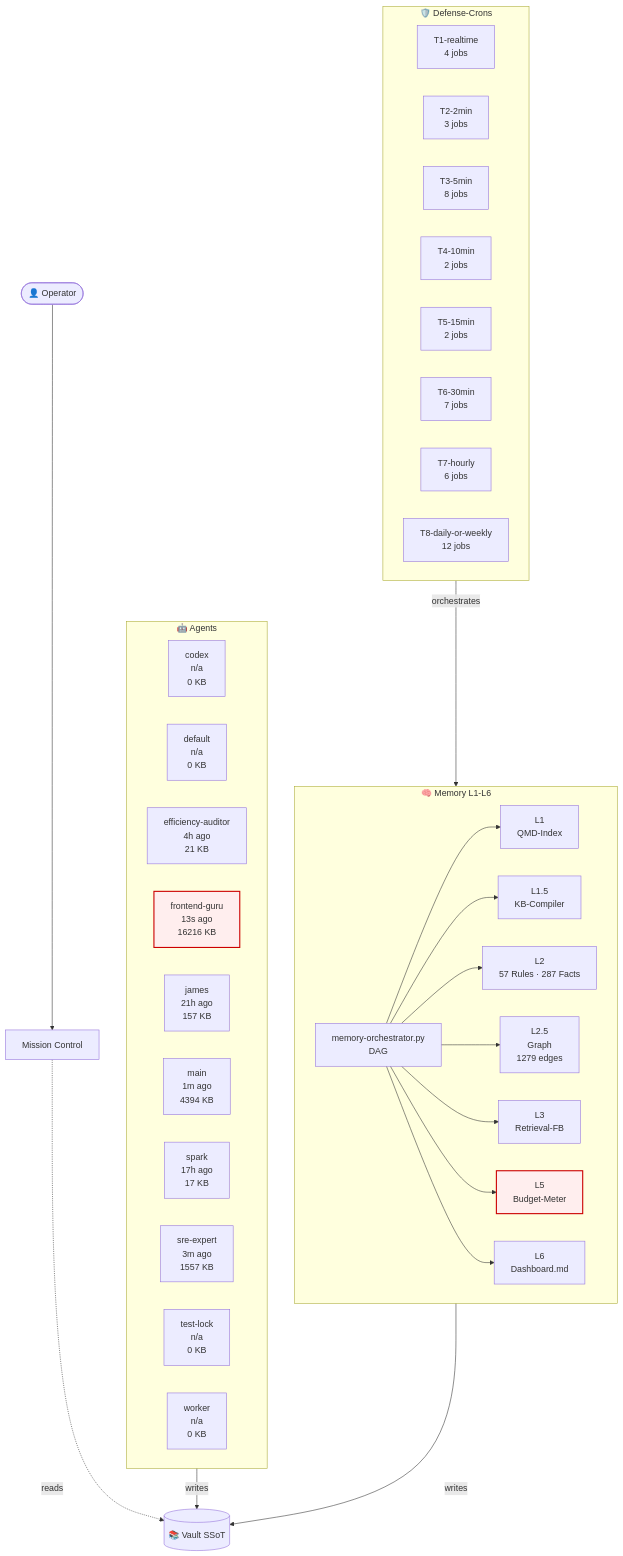
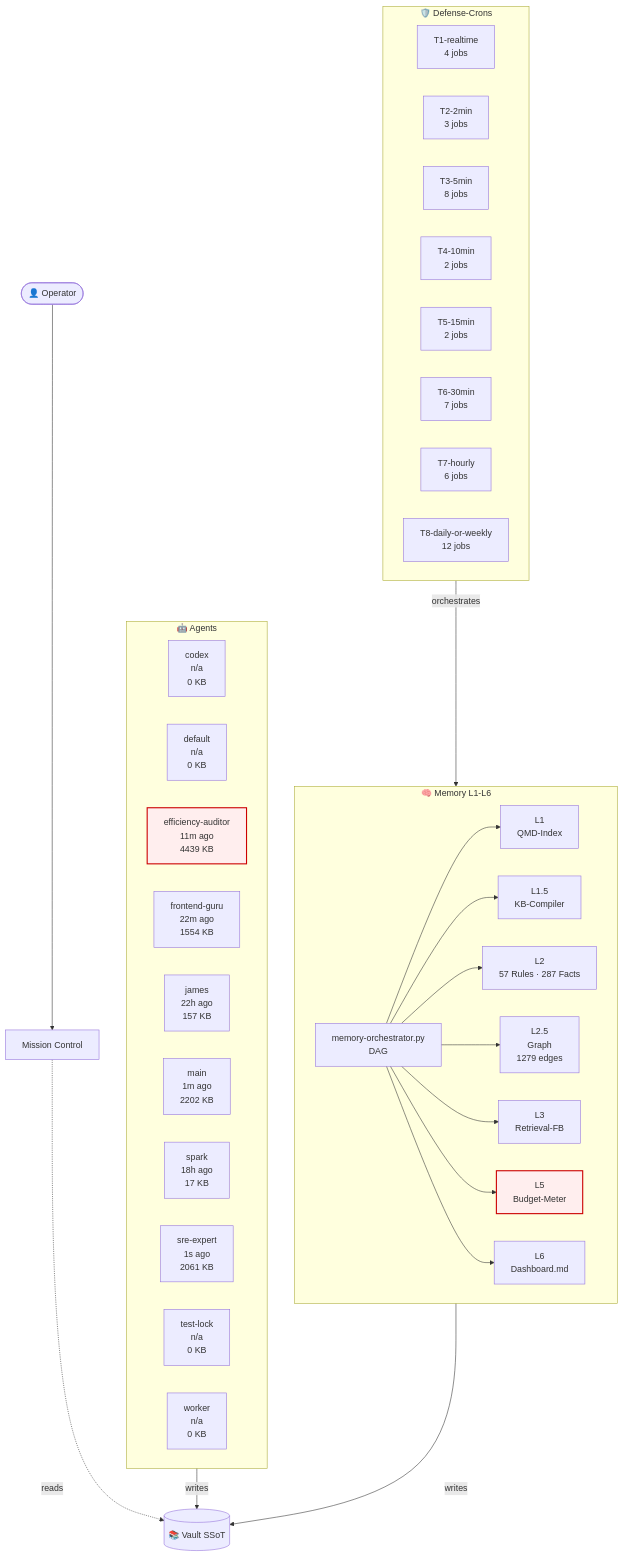
One commit to lenardhuebner88-rgb/openclaw-memory changed the diagram in 03-Agents/architecture-live.md. Above: the diagram before and after it, drawn with Mermaid. The commit also changed other lines of this file and 19 other files, not shown here.

````diff
--- a/03-Agents/architecture-live.md
+++ b/03-Agents/architecture-live.md
@@ -18,53 +18,53 @@
 ```mermaid
 flowchart TB
     classDef critical fill:#fee,stroke:#c00,stroke-width:2px;
     subgraph AGT["🤖 Agents"]
         agent_codex["codex<br/>n/a<br/>0 KB"]
         agent_default["default<br/>n/a<br/>0 KB"]
-        agent_efficiency_auditor["efficiency-auditor<br/>4h ago<br/>21 KB"]
-        agent_frontend_guru["frontend-guru<br/>13s ago<br/>16216 KB"]
-        agent_james["james<br/>21h ago<br/>157 KB"]
-        agent_main["main<br/>1m ago<br/>4394 KB"]
-        agent_spark["spark<br/>17h ago<br/>17 KB"]
-        agent_sre_expert["sre-expert<br/>3m ago<br/>1557 KB"]
+        agent_efficiency_auditor["efficiency-auditor<br/>11m ago<br/>4439 KB"]
+        agent_frontend_guru["frontend-guru<br/>22m ago<br/>1554 KB"]
+        agent_james["james<br/>22h ago<br/>157 KB"]
+        agent_main["main<br/>1m ago<br/>2202 KB"]
+        agent_spark["spark<br/>18h ago<br/>17 KB"]
+        agent_sre_expert["sre-expert<br/>1s ago<br/>2061 KB"]
         agent_test_lock["test-lock<br/>n/a<br/>0 KB"]
         agent_worker["worker<br/>n/a<br/>0 KB"]
     end
     subgraph MEM["🧠 Memory L1-L6"]
         L1["L1<br/>QMD-Index"]
         L15["L1.5<br/>KB-Compiler"]
         L2["L2<br/>57 Rules · 287 Facts"]
         L25["L2.5<br/>Graph<br/>1279 edges"]
         L3["L3<br/>Retrieval-FB"]
         L5["L5<br/>Budget-Meter"]
         L6["L6<br/>Dashboard.md"]
         ORCH["memory-orchestrator.py<br/>DAG"]
     end
     subgraph CRN["🛡️ Defense-Crons"]
         tier_T1_realtime["T1-realtime<br/>4 jobs"]
         tier_T2_2min["T2-2min<br/>3 jobs"]
         tier_T3_5min["T3-5min<br/>8 jobs"]
         tier_T4_10min["T4-10min<br/>2 jobs"]
         tier_T5_15min["T5-15min<br/>2 jobs"]
         tier_T6_30min["T6-30min<br/>7 jobs"]
         tier_T7_hourly["T7-hourly<br/>6 jobs"]
         tier_T8_daily_or_weekly["T8-daily-or-weekly<br/>12 jobs"]
     end
     VAULT[("📚 Vault SSoT")]
     OP([👤 Operator])
     MC["Mission Control"]
     OP --> MC
     MC -.reads.-> VAULT
     AGT -->|writes| VAULT
     MEM -->|writes| VAULT
     ORCH --> L1
     ORCH --> L15
     ORCH --> L2
     ORCH --> L25
     ORCH --> L3
     ORCH --> L5
     ORCH --> L6
     CRN -->|orchestrates| MEM
     class L5 critical
-    class agent_frontend_guru critical
+    class agent_efficiency_auditor critical
 ```
````
